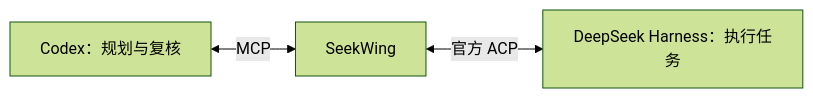
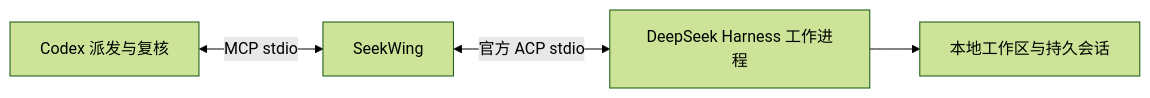
One commit to heyzeyu/seekwing changed the diagram in README.zh-CN.md. Above: the diagram before and after it, drawn with Mermaid (forest theme). The commit also changed other lines of this file and 26 other files, not shown here.

Commit message:
feat: implement DeepSeek ACP subagents for Codex

````diff
--- a/README.zh-CN.md
+++ b/README.zh-CN.md
@@ -17,5 +11,6 @@
 ```mermaid
 flowchart LR
-    C[Codex：规划与复核] <-->|MCP| S[SeekWing]
-    S <-->|官方 ACP| H[DeepSeek Harness：执行任务]
+    C[Codex 派发与复核] <-->|MCP stdio| S[SeekWing]
+    S <-->|官方 ACP stdio| H[DeepSeek Harness 工作进程]
+    H --> W[本地工作区与持久会话]
 ```
````
